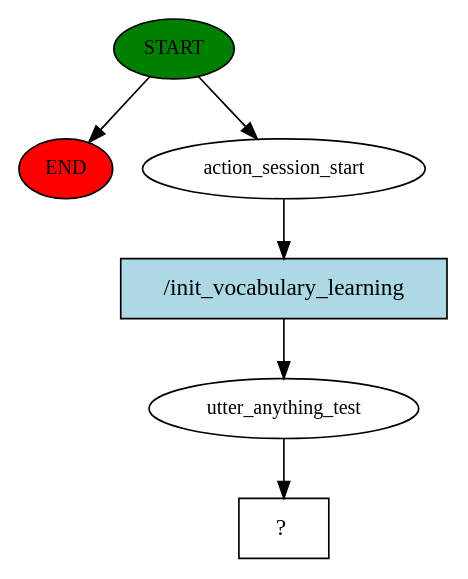
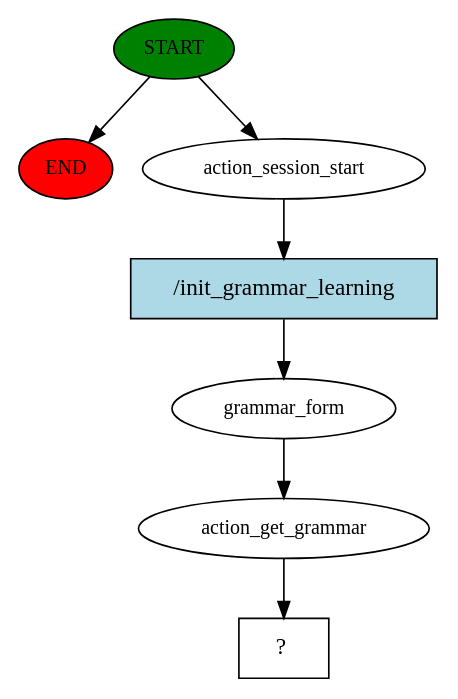
The diagram in story_graph.dot (freitas000jeferson/tcc-le-rasa), drawn with Graphviz before and after one commit. The commit also changed 11 other files, not shown here.

```diff
--- a/story_graph.dot
+++ b/story_graph.dot
@@ -1,13 +1,15 @@
 digraph  {
 0 [class="start active", fillcolor=green, fontsize=12, label=START, style=filled];
 "-1" [class=end, fillcolor=red, fontsize=12, label=END, style=filled];
 1 [class=active, fontsize=12, label=action_session_start];
-2 [class=active, fontsize=12, label=utter_anything_test];
-3 [class="intent dashed active", label="  ?  ", shape=rect];
-4 [class="intent active", fillcolor=lightblue, label="/init_vocabulary_learning", shape=rect, style=filled];
+2 [class=active, fontsize=12, label=grammar_form];
+3 [class=active, fontsize=12, label=action_get_grammar];
+4 [class="intent dashed active", label="  ?  ", shape=rect];
+5 [class="intent active", fillcolor=lightblue, label="/init_grammar_learning", shape=rect, style=filled];
 0 -> "-1"  [class="", key=NONE, label=""];
 0 -> 1  [class=active, key=NONE, label=""];
-1 -> 4  [class=active, key=0];
+1 -> 5  [class=active, key=0];
 2 -> 3  [class=active, key=NONE, label=""];
-4 -> 2  [class=active, key=0];
+3 -> 4  [class=active, key=NONE, label=""];
+5 -> 2  [class=active, key=0];
 }
```
